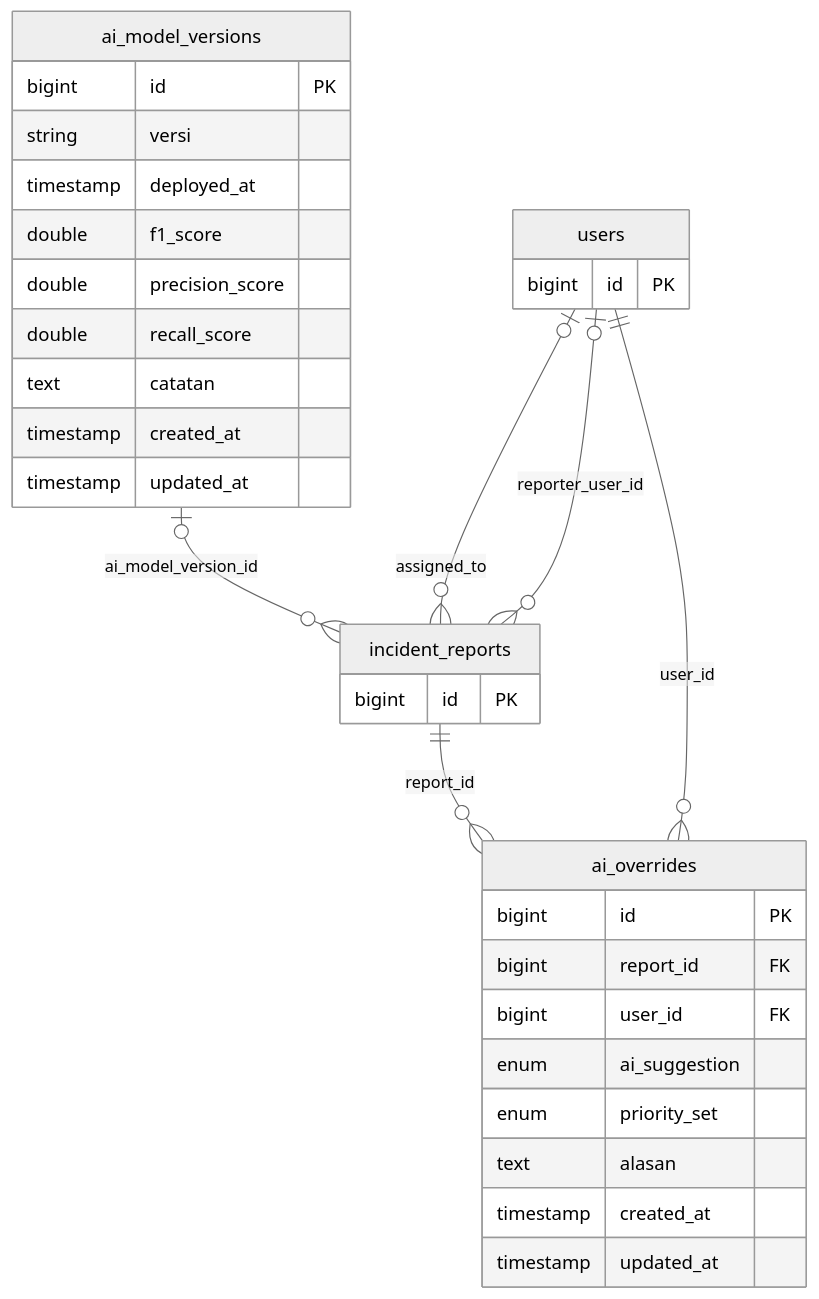
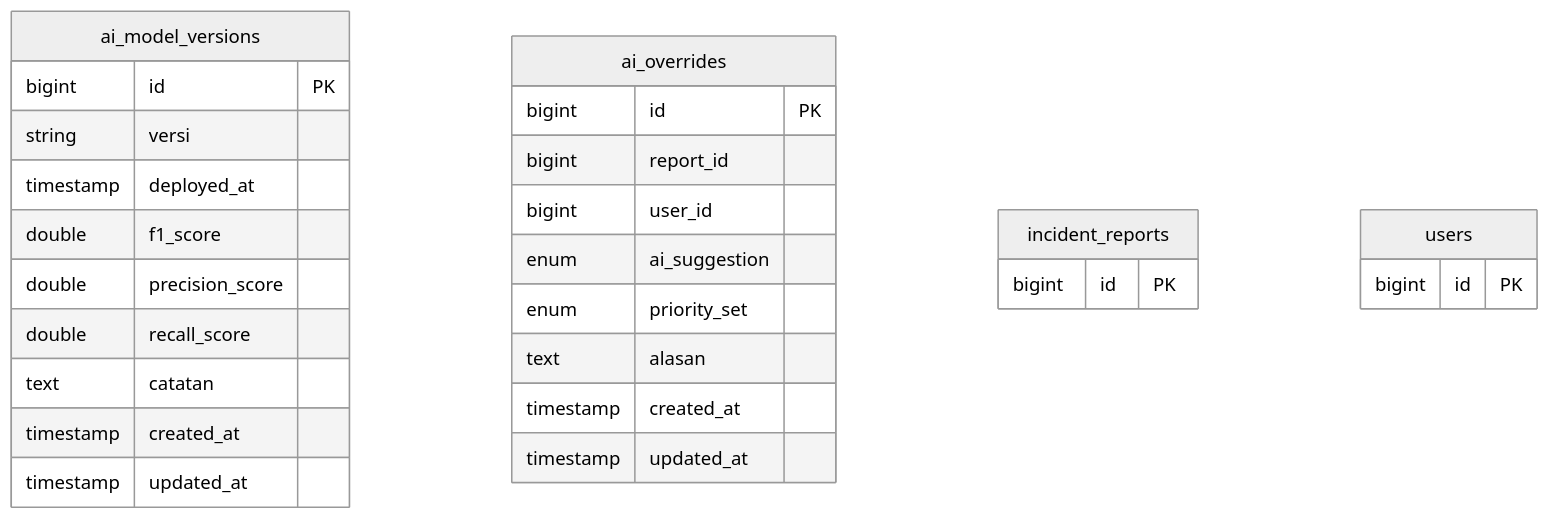
The fourth of 7 diagrams in docs/ERD.md (binailyas/Webdev-itx2026), drawn with Mermaid (neutral theme) before and after one commit. The commit also changed other lines of this file and 49 other files, not shown here.

````diff
--- a/docs/ERD.md
+++ b/docs/ERD.md
@@ -268,35 +209,30 @@
 ```mermaid
 erDiagram
     ai_model_versions {
         bigint id PK
         string versi
         timestamp deployed_at
         double f1_score
         double precision_score
         double recall_score
         text catatan
         timestamp created_at
         timestamp updated_at
     }
     ai_overrides {
         bigint id PK
-        bigint report_id FK
-        bigint user_id FK
+        bigint report_id
+        bigint user_id
         enum ai_suggestion
         enum priority_set
         text alasan
         timestamp created_at
         timestamp updated_at
     }
     incident_reports {
         bigint id PK
     }
     users {
         bigint id PK
     }
-    incident_reports ||--o{ ai_overrides : "report_id"
-    users ||--o{ ai_overrides : "user_id"
-    ai_model_versions |o--o{ incident_reports : "ai_model_version_id"
-    users |o--o{ incident_reports : "assigned_to"
-    users |o--o{ incident_reports : "reporter_user_id"
 ```
````
